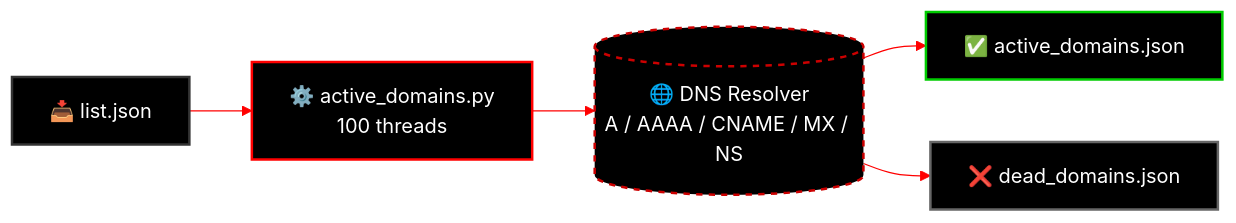
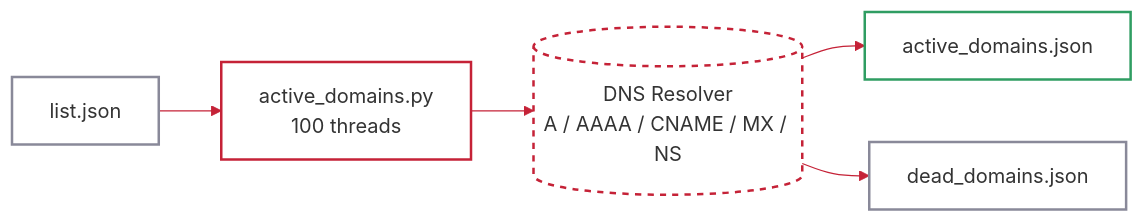
One commit to phishdestroy/destroylist changed the diagram in dns/README.md. Above: the diagram before and after it, drawn with Mermaid. The commit also changed other lines of this file and 44 other files, not shown here.

````diff
--- a/dns/README.md
+++ b/dns/README.md
@@ -31,20 +33,20 @@
 ```mermaid
-%%{init: {"theme":"base", "themeVariables": { "background": "transparent", "mainBkg": "#000000", "primaryColor": "#000000", "primaryTextColor": "#FFFFFF", "primaryBorderColor": "#FF0000", "lineColor": "#FF0000", "secondaryColor": "#111111", "tertiaryColor": "#111111", "fontFamily": "Inter, system-ui, sans-serif"}, "flowchart": {"curve": "basis", "htmlLabels": true}}}%%
+%%{init: {"themeVariables":{"background":"transparent","primaryBorderColor":"#c52237","lineColor":"#c52237","clusterBkg":"transparent","clusterBorder":"#898999","edgeLabelBackground":"transparent","fontFamily":"system-ui, sans-serif"},"flowchart":{"curve":"basis","htmlLabels":true}}}%%
 flowchart LR
-  Input["📥 list.json"] --> Script["⚙️ active_domains.py<br/>100 threads"]
-  Script --> DNS[("🌐 DNS Resolver<br/>A / AAAA / CNAME / MX / NS")]
-  DNS --> Live["✅ active_domains.json"]
-  DNS --> Dead["❌ dead_domains.json"]
+  Input["list.json"] --> Script["active_domains.py<br/>100 threads"]
+  Script --> DNS[("DNS Resolver<br/>A / AAAA / CNAME / MX / NS")]
+  DNS --> Live["active_domains.json"]
+  DNS --> Dead["dead_domains.json"]
 
-  classDef input fill:#000000,stroke:#333333,stroke-width:2px,color:#FFFFFF;
-  classDef script fill:#000000,stroke:#FF0000,stroke-width:2px,color:#FFFFFF;
-  classDef dns fill:#000000,stroke:#CC0000,stroke-width:2px,stroke-dasharray: 5 5,color:#FFFFFF;
-  classDef live fill:#000000,stroke:#00CC00,stroke-width:2px,color:#FFFFFF;
-  classDef dead fill:#000000,stroke:#666666,stroke-width:2px,color:#FFFFFF;
+  classDef input fill:transparent,stroke:#898999,stroke-width:2px;
+  classDef script fill:transparent,stroke:#c52237,stroke-width:2px;
+  classDef dns fill:transparent,stroke:#c52237,stroke-width:2px,stroke-dasharray: 5 5;
+  classDef live fill:transparent,stroke:#2f9d62,stroke-width:2px;
+  classDef dead fill:transparent,stroke:#898999,stroke-width:2px;
 
   class Input input;
   class Script script;
   class DNS dns;
   class Live live;
   class Dead dead;
 ```
````
